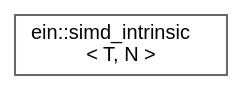
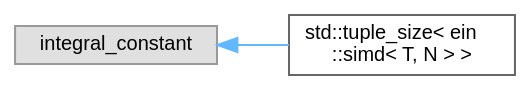
One commit to ekmett/ein changed the diagram in inherit_graph_4.dot. Above: the diagram before and after it, drawn with Graphviz. The commit also changed 45 other files, not shown here.

```diff
--- a/inherit_graph_4.dot
+++ b/inherit_graph_4.dot
@@ -1,9 +1,11 @@
 digraph "Graphical Class Hierarchy"
 {
  // LATEX_PDF_SIZE
   bgcolor="transparent";
   edge [fontname=Helvetica,fontsize=10,labelfontname=Helvetica,labelfontsize=10];
   node [fontname=Helvetica,fontsize=10,shape=box,height=0.2,width=0.4];
   rankdir="LR";
-  Node0 [id="Node000000",label="ein::simd_intrinsic\l\< T, N \>",height=0.2,width=0.4,color="grey40", fillcolor="white", style="filled",URL="$d7/dc1/namespaceein.html#dc/d5b/structein_1_1simd__intrinsic",tooltip=" "];
+  Node0 [id="Node000000",label="integral_constant",height=0.2,width=0.4,color="grey60", fillcolor="#E0E0E0", style="filled",tooltip=" "];
+  Node0 -> Node1 [id="edge1_Node000000_Node000001",dir="back",color="steelblue1",style="solid",tooltip=" "];
+  Node1 [id="Node000001",label="std::tuple_size\< ein\l::simd\< T, N \> \>",height=0.2,width=0.4,color="grey40", fillcolor="white", style="filled",URL="$d8/d7b/structstd_1_1tuple__size_3_01ein_1_1simd_3_01_t_00_01_n_01_4_01_4.html",tooltip="needed to support for std::apply"];
 }
```
